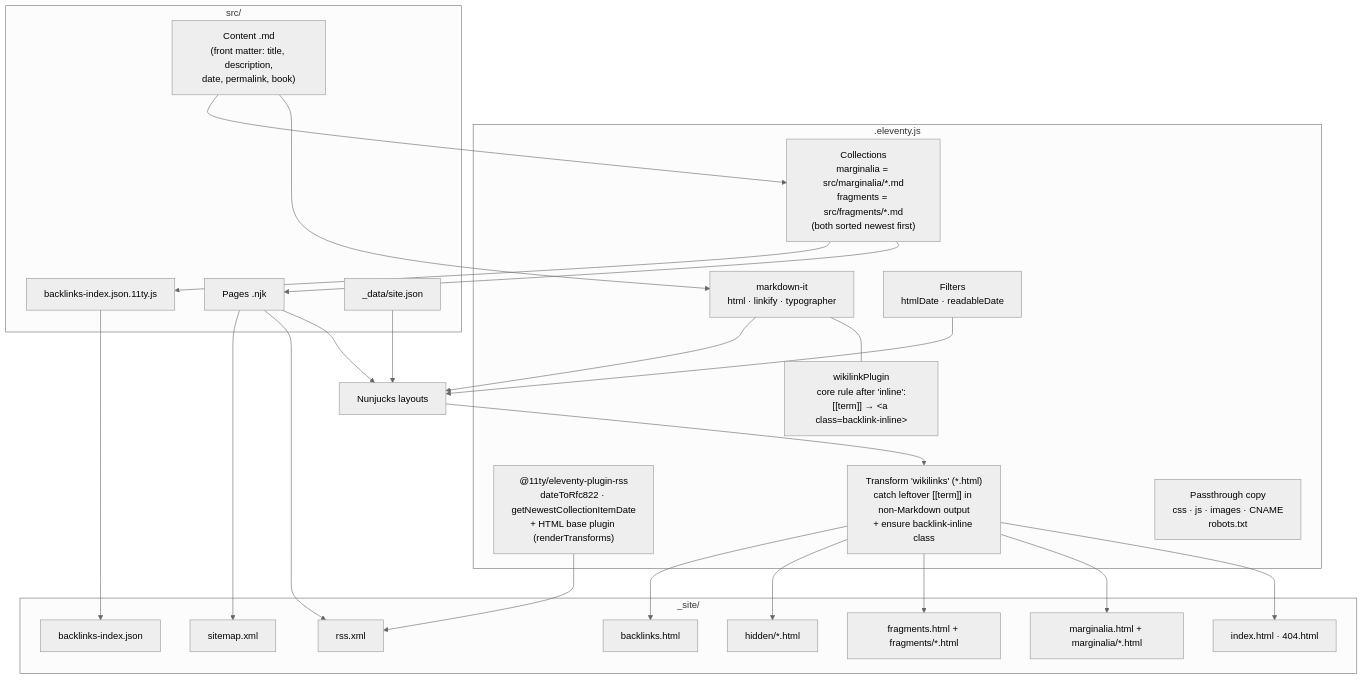
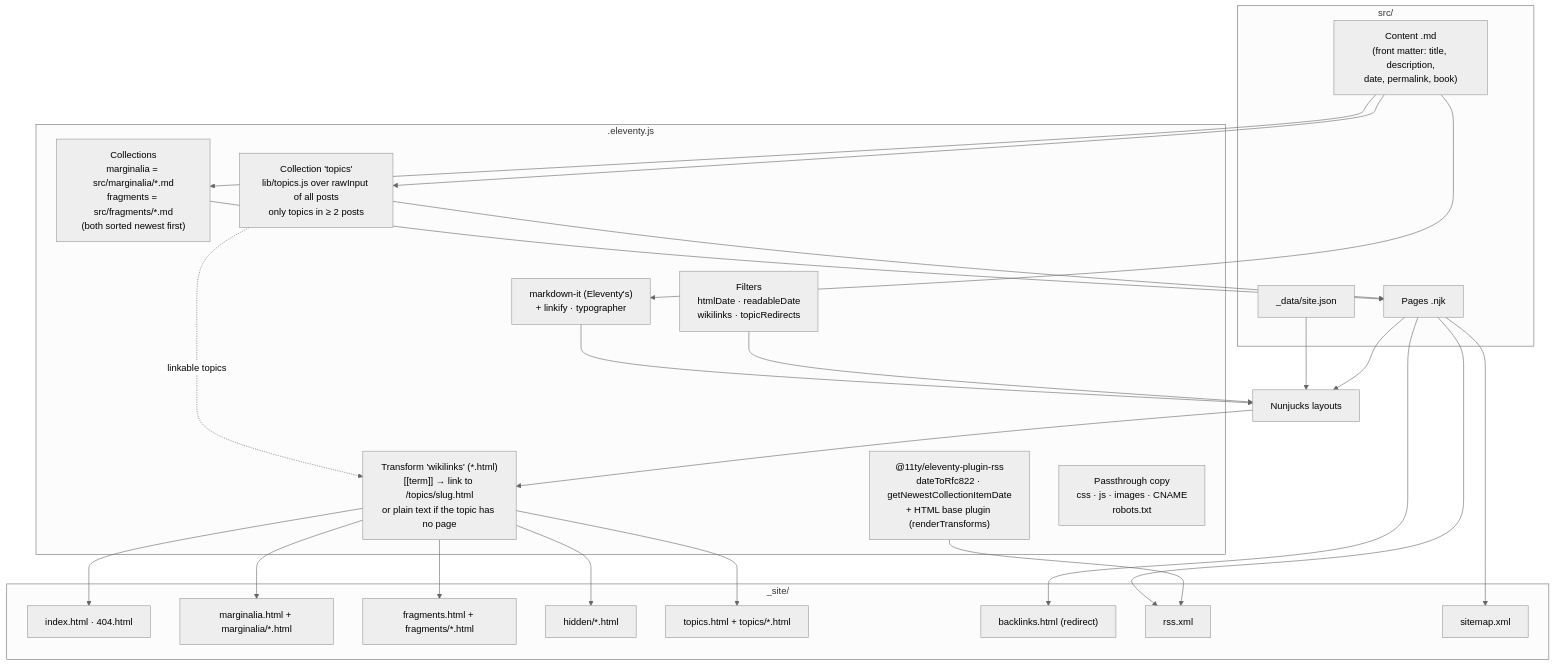
Before and after one commit to raoul-g/raoulyy-blog: the fourth of 9 diagrams in ARCHITECTURE.md, drawn with Mermaid (neutral theme). The commit also changed other lines of this file and 11 other files, not shown here.

First line of the commit message:
replace backlinks with static topic pages

````diff
--- a/ARCHITECTURE.md
+++ b/ARCHITECTURE.md
@@ -112,44 +111,43 @@
 ```mermaid
 flowchart TB
     subgraph Config[".eleventy.js"]
-        MDLIB["markdown-it<br/>html · linkify · typographer"]
-        WLP["wikilinkPlugin<br/>core rule after 'inline':<br/>[[term]] → &lt;a class=backlink-inline&gt;"]
+        MDLIB["markdown-it (Eleventy's)<br/>+ linkify · typographer"]
         COLL["Collections<br/>marginalia = src/marginalia/*.md<br/>fragments = src/fragments/*.md<br/>(both sorted newest first)"]
-        FILT["Filters<br/>htmlDate · readableDate"]
+        TOP["Collection 'topics'<br/>lib/topics.js over rawInput of all posts<br/>only topics in ≥ 2 posts"]
+        FILT["Filters<br/>htmlDate · readableDate<br/>wikilinks · topicRedirects"]
         RSSP["@11ty/eleventy-plugin-rss<br/>dateToRfc822 · getNewestCollectionItemDate<br/>+ HTML base plugin (renderTransforms)"]
-        XFORM["Transform 'wikilinks' (*.html)<br/>catch leftover [[term]] in non-Markdown output<br/>+ ensure backlink-inline class"]
+        XFORM["Transform 'wikilinks' (*.html)<br/>[[term]] → link to /topics/slug.html<br/>or plain text if the topic has no page"]
         PT["Passthrough copy<br/>css · js · images · CNAME<br/>robots.txt"]
-        MDLIB --- WLP
     end
 
     subgraph Inputs["src/"]
         CM["Content .md<br/>(front matter: title, description,<br/>date, permalink, book)"]
         PG["Pages .njk"]
-        BJ["backlinks-index.json.11ty.js"]
         SJ["_data/site.json"]
     end
 
     subgraph Outputs["_site/"]
         O1["index.html · 404.html"]
         O2["marginalia.html + marginalia/*.html"]
         O3["fragments.html + fragments/*.html"]
         O4["hidden/*.html"]
-        O5["backlinks.html"]
-        O6["backlinks-index.json"]
+        O5["topics.html + topics/*.html"]
+        O6["backlinks.html (redirect)"]
         O7["rss.xml"]
         O8["sitemap.xml"]
     end
 
     CM --> MDLIB --> LAYOUT["Nunjucks layouts"]
     CM --> COLL
     SJ --> LAYOUT
     PG --> LAYOUT
     COLL --> PG
-    COLL --> BJ
+    CM --> TOP --> PG
+    TOP -. "linkable topics" .-> XFORM
     FILT --> LAYOUT
     LAYOUT --> XFORM
     XFORM --> O1 & O2 & O3 & O4 & O5
     PG --> O7 & O8
     RSSP --> O7
-    BJ --> O6
+    PG --> O6
 ```
````
